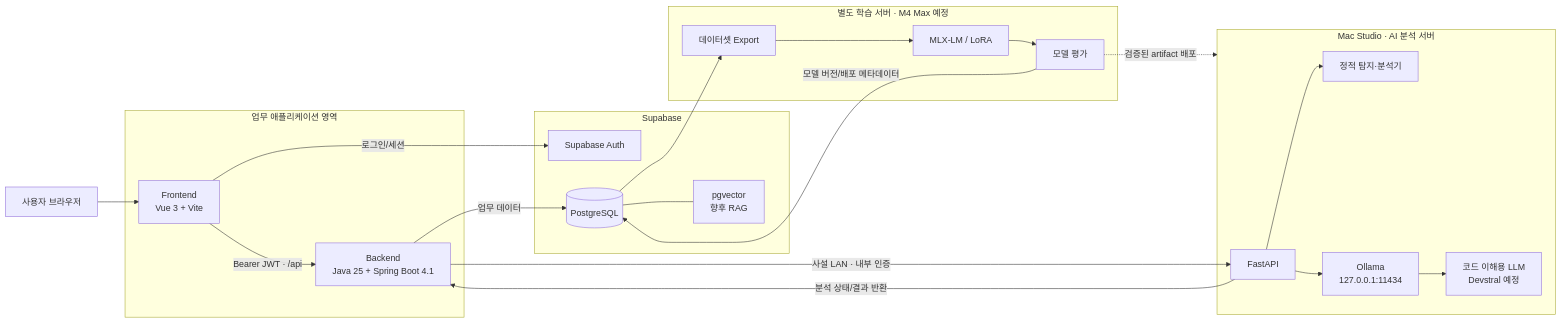
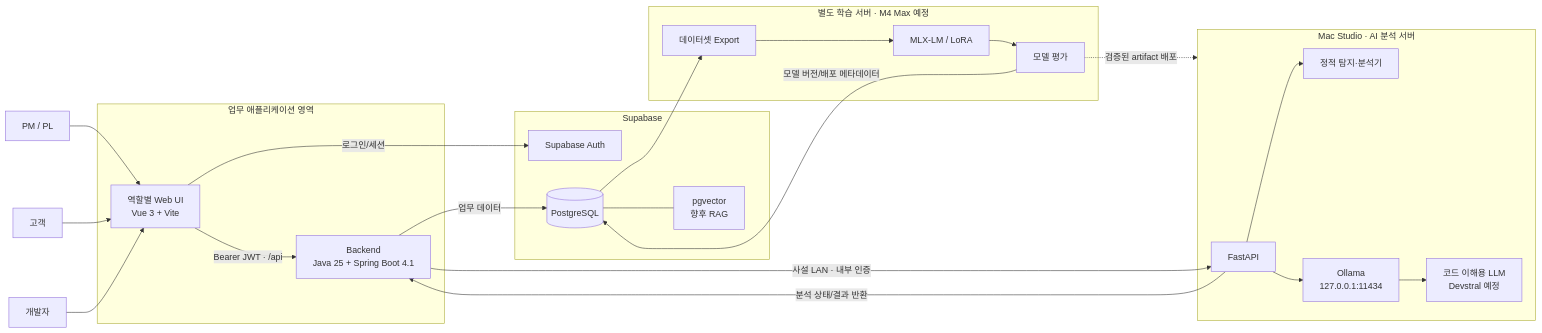
One commit to KimAgHuge/hackathon-ai changed the first of 12 diagrams in docs/02_시스템_아키텍처.md. Above: the diagram before and after it, drawn with Mermaid. The commit also changed other lines of this file and 3 other files, not shown here.

````diff
--- a/docs/02_시스템_아키텍처.md
+++ b/docs/02_시스템_아키텍처.md
@@ -13,44 +13,48 @@
 ```mermaid
 flowchart LR
-    U["사용자 브라우저"]
+    PM["PM / PL"]
+    CUSTOMER["고객"]
+    DEV["개발자"]
 
     subgraph APP["업무 애플리케이션 영역"]
-        FE["Frontend<br/>Vue 3 + Vite"]
+        FE["역할별 Web UI<br/>Vue 3 + Vite"]
         BE["Backend<br/>Java 25 + Spring Boot 4.1"]
     end
 
     subgraph SB["Supabase"]
         AUTH["Supabase Auth"]
         DB[("PostgreSQL")]
         VEC["pgvector<br/>향후 RAG"]
     end
 
     subgraph MAC["Mac Studio · AI 분석 서버"]
         API["FastAPI"]
         DET["정적 탐지·분석기"]
         OLLAMA["Ollama<br/>127.0.0.1:11434"]
         MODEL["코드 이해용 LLM<br/>Devstral 예정"]
     end
 
     subgraph TRAIN["별도 학습 서버 · M4 Max 예정"]
         EXPORT["데이터셋 Export"]
         LORA["MLX-LM / LoRA"]
         EVAL["모델 평가"]
     end
 
-    U --> FE
+    PM --> FE
+    CUSTOMER --> FE
+    DEV --> FE
     FE -->|"로그인/세션"| AUTH
     FE -->|"Bearer JWT · /api"| BE
     BE -->|"업무 데이터"| DB
     BE -->|"사설 LAN · 내부 인증"| API
     API --> DET
     API --> OLLAMA
     OLLAMA --> MODEL
     API -->|"분석 상태/결과 반환"| BE
     DB --> EXPORT
     EXPORT --> LORA
     LORA --> EVAL
     EVAL -->|"모델 버전/배포 메타데이터"| DB
     EVAL -.->|"검증된 artifact 배포"| MAC
     DB --- VEC
 ```
````
